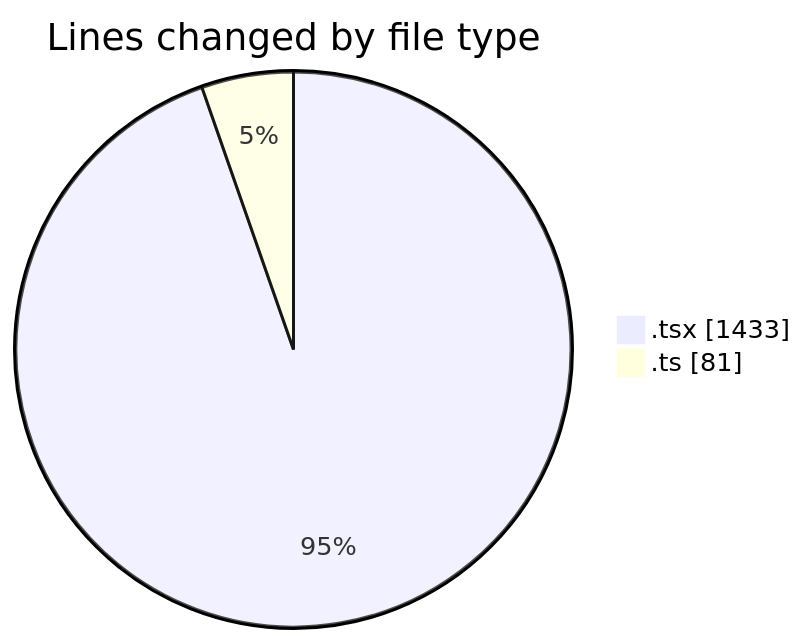
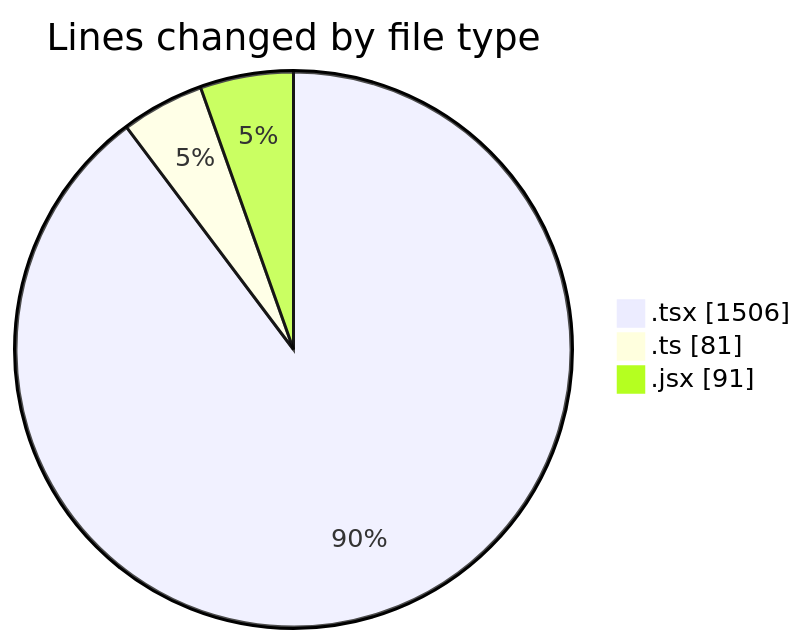
The first of 2 diagrams in 2026-04-27/cda/README.md (momahboobian/code-tracking), drawn with Mermaid before and after one commit. The commit also changed other lines of this file and 1 other file, not shown here.

````diff
--- a/2026-04-27/cda/README.md
+++ b/2026-04-27/cda/README.md
@@ -29,6 +31,7 @@
 ```mermaid
 pie showData
 title Lines changed by file type
-".tsx" : 1433
+".tsx" : 1506
 ".ts" : 81
+".jsx" : 91
 ```
````
